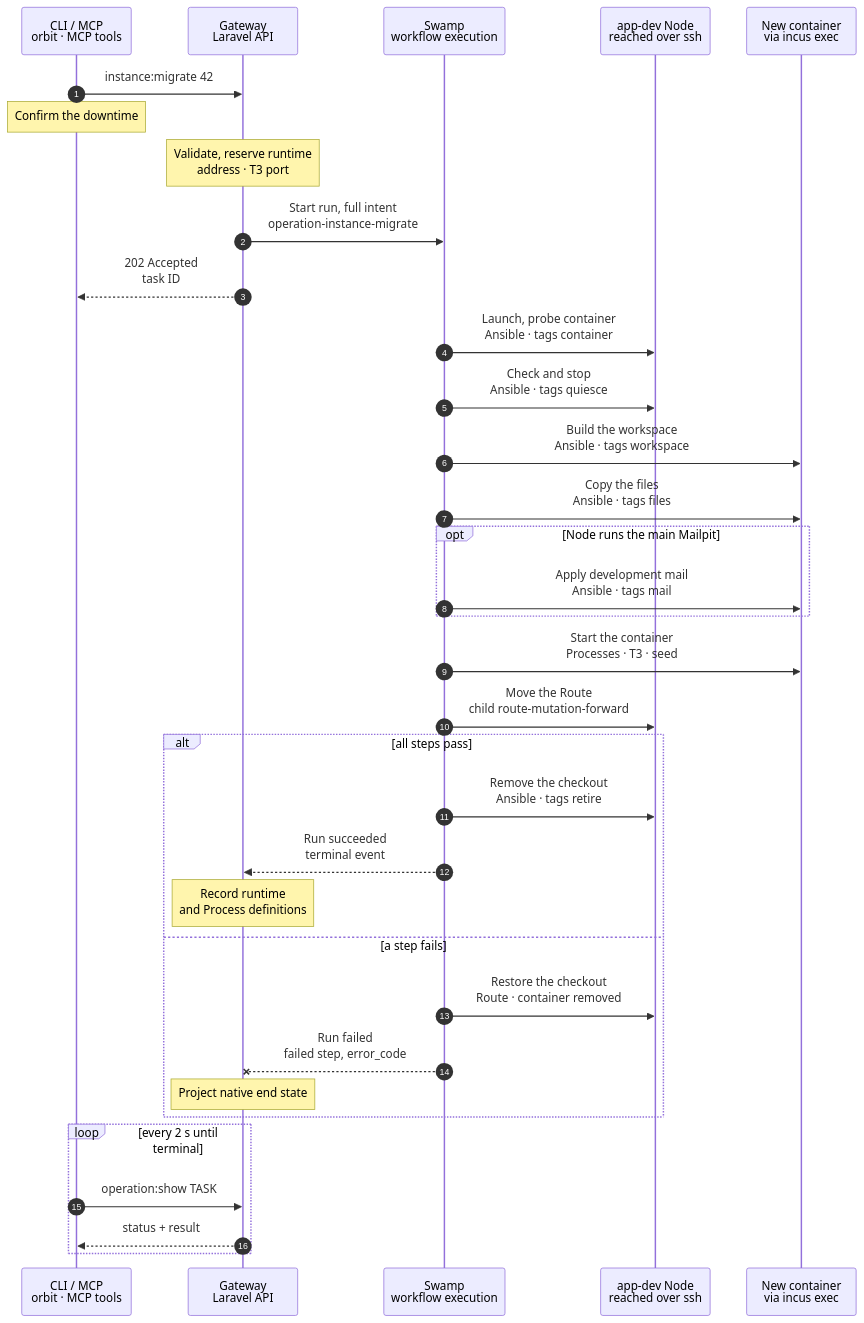
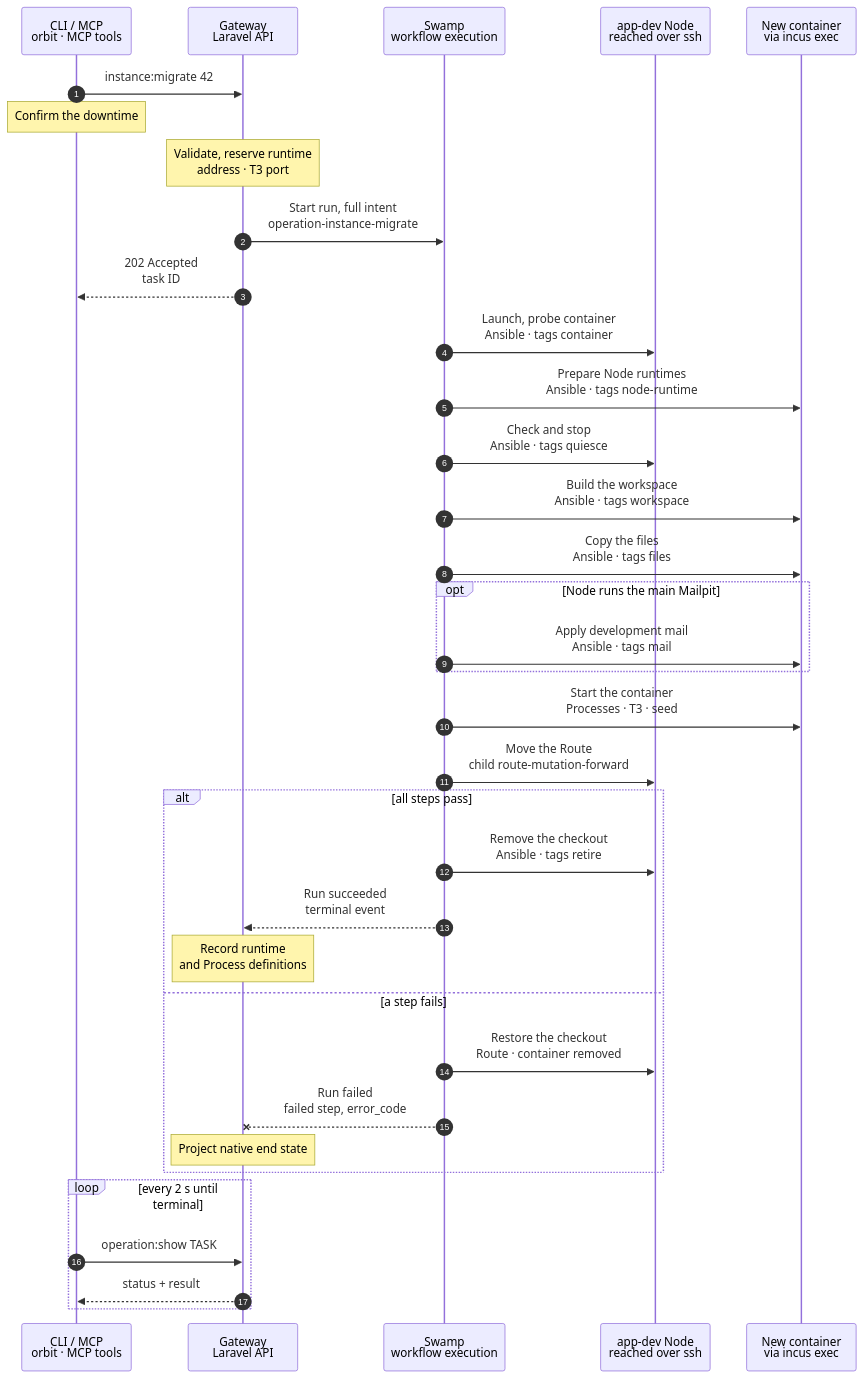
The diagram in docs/cli/instance/migrate.mmd (hardimpactdev/orbit), drawn with Mermaid before and after one commit. The commit also changed 33 other files, not shown here.

First line of the commit message:
fix: prepare private Node stores at clone and migrate launch (#3453)

```diff
--- a/docs/cli/instance/migrate.mmd
+++ b/docs/cli/instance/migrate.mmd
@@ -33,7 +33,7 @@
   %%> - a database on a Database server has an IPv4 address and a port, else `instance.database_clone_unsupported`
   %%> Result:
   %%> - the runtime reservation records its owning Operation; late receipts cannot change a newer owner
-  %%> - the whole-run budget is 5,100 seconds; a lower-bound test includes declared child, restoration and cleanup timeouts
+  %%> - the whole-run budget is 5,700 seconds: 4,830 seconds of declared phase and child timeouts, including Node preparation, restoration and cleanup, rounded up to five minutes, plus 600 seconds for admission and settlement
   %%> - maps only known host command locations, preserving opaque env/shell strings, and records each Process/from/to translation in the terminal receipt
   %%> - the runtime record is reserved: the next bridge address and, for a non-default Instance, the lowest free T3 port
   %%> - the checkout stays the Instance's runtime until the Route has moved; the Route's Node is held for the run
@@ -53,6 +53,10 @@
   %%> - probes every attached target from inside the container before downtime, else `instance.database_unreachable`
   %%> - checks mapped Process executables inside the container, then repeats before quiesce; unavailable paths report `instance.migrate_process_binary_unavailable` naming every Process and path, leaving the checkout serving
   %%> - fetches the branch from the checkout into the Node's mirror, including commits never pushed
+  SW->>C: Prepare Node runtimes<br/>Ansible · tags node-runtime
+  %%> What it does:
+  %%> - while the checkout still serves, mounts its source read-only in the new container, converts an inherited shared store to a private copy, and lets Vite+ resolve and install each Process's Node; the mount is removed on success and failure
+  %%> - this phase is bounded at 150 seconds; Vite+ resolution and verified download share 90 seconds; failure names the pin and reason with instance.node_runtime_prepare_failed and restores without downtime
   SW->>N: Check and stop<br/>Ansible · tags quiesce
   %%> What it does:
   %%> - repeats the branch and retirement checks
```
